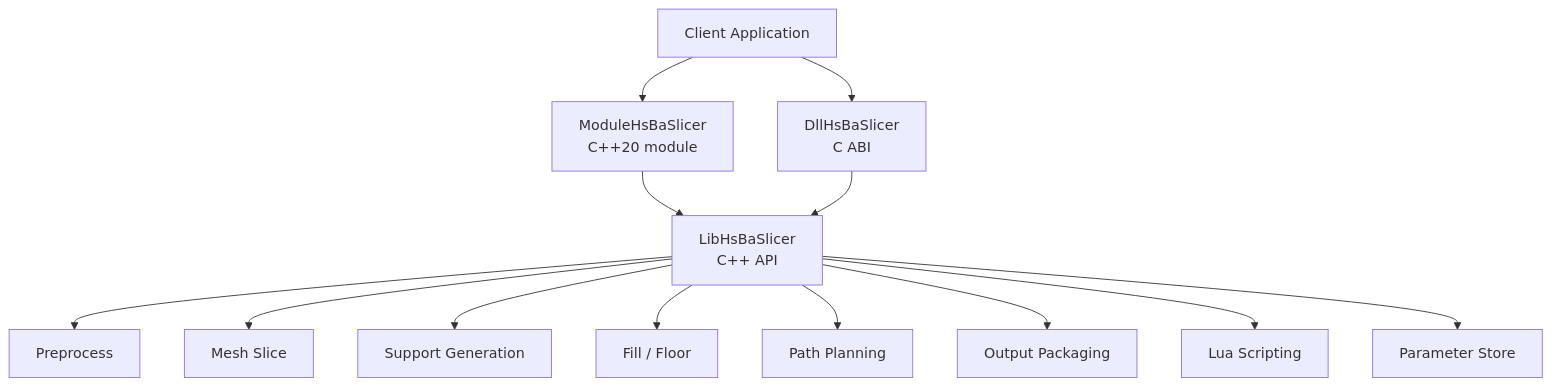
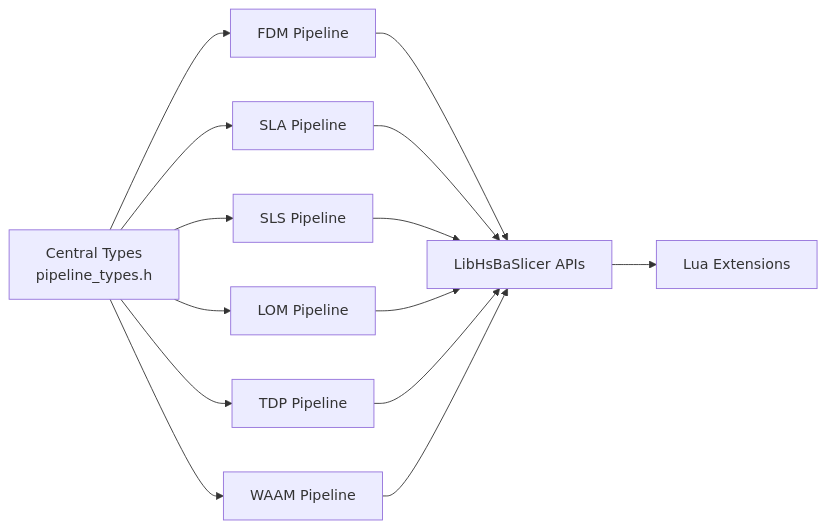
One commit to hsmbanlance/HsBaSlicer changed the ninth of 13 diagrams in .qoder/repowiki/en/content/Architecture Overview.md. Above: the diagram before and after it, drawn with Mermaid. The commit also changed other lines of this file and 1095 other files, not shown here.

````diff
--- a/.qoder/repowiki/en/content/Architecture Overview.md
+++ b/.qoder/repowiki/en/content/Architecture Overview.md
@@ -181,27 +509,16 @@
 ```mermaid
-graph TB
-Client["Client Application"]
-Dll["DllHsBaSlicer<br/>C ABI"]
-Module["ModuleHsBaSlicer<br/>C++20 module"]
-Lib["LibHsBaSlicer<br/>C++ API"]
-Preprocess["Preprocess"]
-MeshSlice["Mesh Slice"]
-SupportGen["Support Generation"]
-FillFloor["Fill / Floor"]
-PathPlan["Path Planning"]
-Output["Output Packaging"]
-Lua["Lua Scripting"]
-Storage["Parameter Store"]
-Client --> Dll
-Client --> Module
-Module --> Lib
-Dll --> Lib
-Lib --> Preprocess
-Lib --> MeshSlice
-Lib --> SupportGen
-Lib --> FillFloor
-Lib --> PathPlan
-Lib --> Output
-Lib --> Lua
-Lib --> Storage
+graph LR
+Types["Central Types<br/>pipeline_types.h"] --> FDM["FDM Pipeline"]
+Types --> SLA["SLA Pipeline"]
+Types --> SLS["SLS Pipeline"]
+Types --> LOM["LOM Pipeline"]
+Types --> TDP["TDP Pipeline"]
+Types --> WAAM["WAAM Pipeline"]
+FDM --> LibAPI["LibHsBaSlicer APIs"]
+SLA --> LibAPI
+SLS --> LibAPI
+LOM --> LibAPI
+TDP --> LibAPI
+WAAM --> LibAPI
+LibAPI --> Lua["Lua Extensions"]
 ```
````
